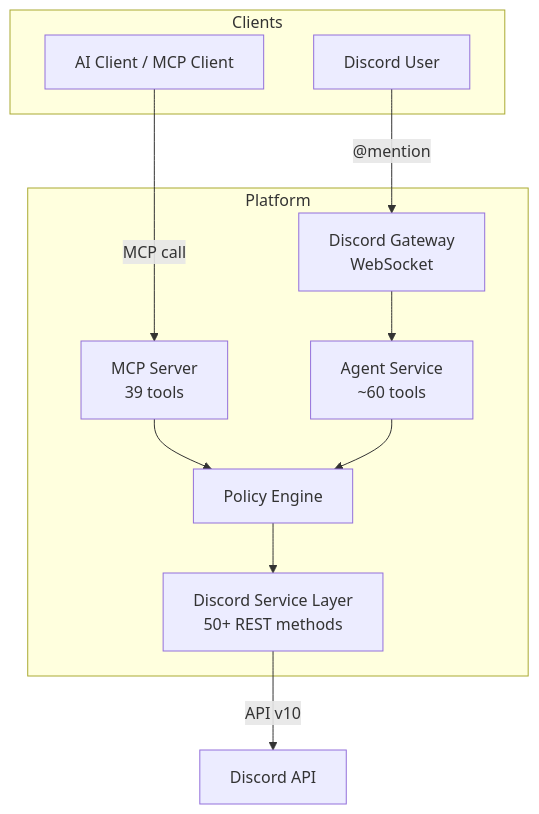
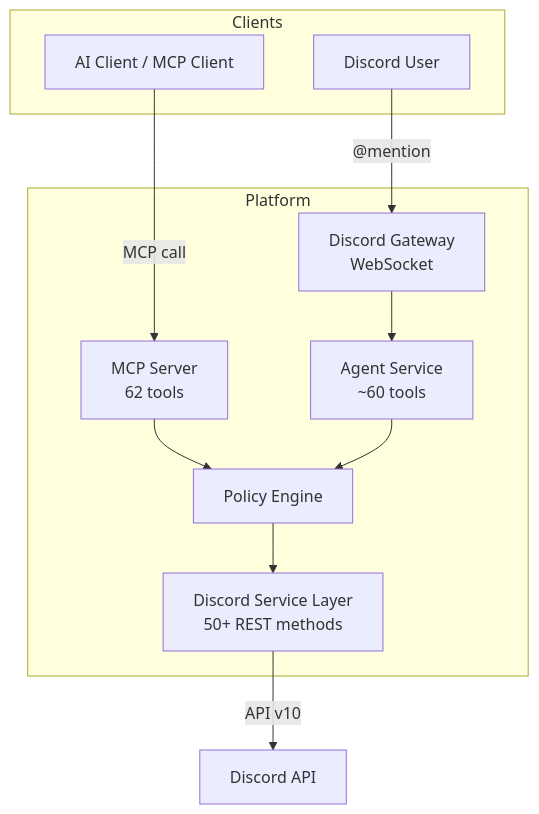
The first of 5 diagrams in README.md (Rastrian/DiscordMCP), drawn with Mermaid before and after one commit. The commit also changed other lines of this file and 22 other files, not shown here.

First line of the commit message:
feat(mcp): scheduled events, automod, pins, reactions and incident actions tools (#15)

````diff
--- a/README.md
+++ b/README.md
@@ -23,23 +23,23 @@
 ```mermaid
 graph TD
     subgraph "Clients"
         AI["AI Client / MCP Client"]
         DU["Discord User"]
     end
 
     subgraph "Platform"
-        MCPS["MCP Server<br/>39 tools"]
+        MCPS["MCP Server<br/>62 tools"]
         GW["Discord Gateway<br/>WebSocket"]
         PE["Policy Engine"]
         AGENT["Agent Service<br/>~60 tools"]
         SVC["Discord Service Layer<br/>50+ REST methods"]
     end
 
     AI -->|MCP call| MCPS
     DU -->|"@mention"| GW
     MCPS --> PE
     GW --> AGENT
     AGENT --> PE
     PE --> SVC
     SVC -->|API v10| DISC["Discord API"]
 ```
````
